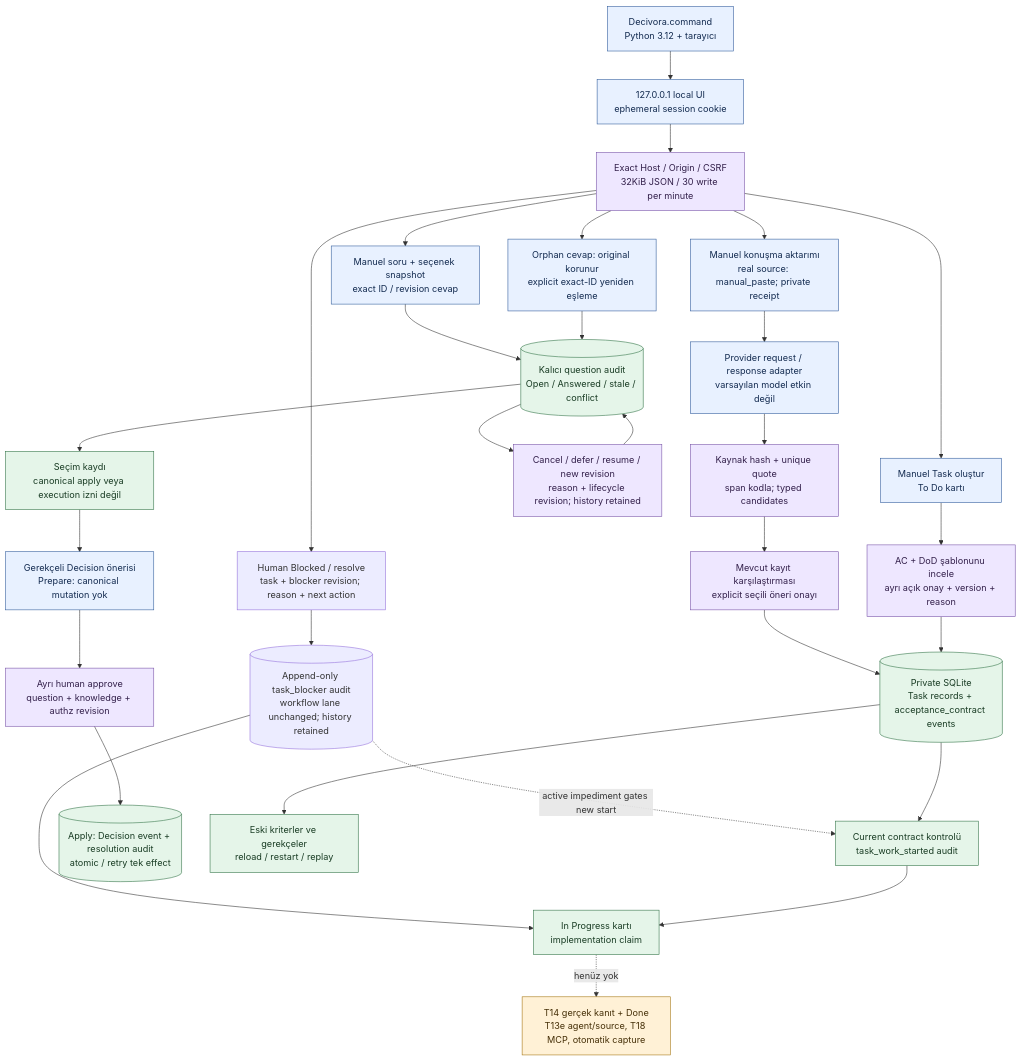
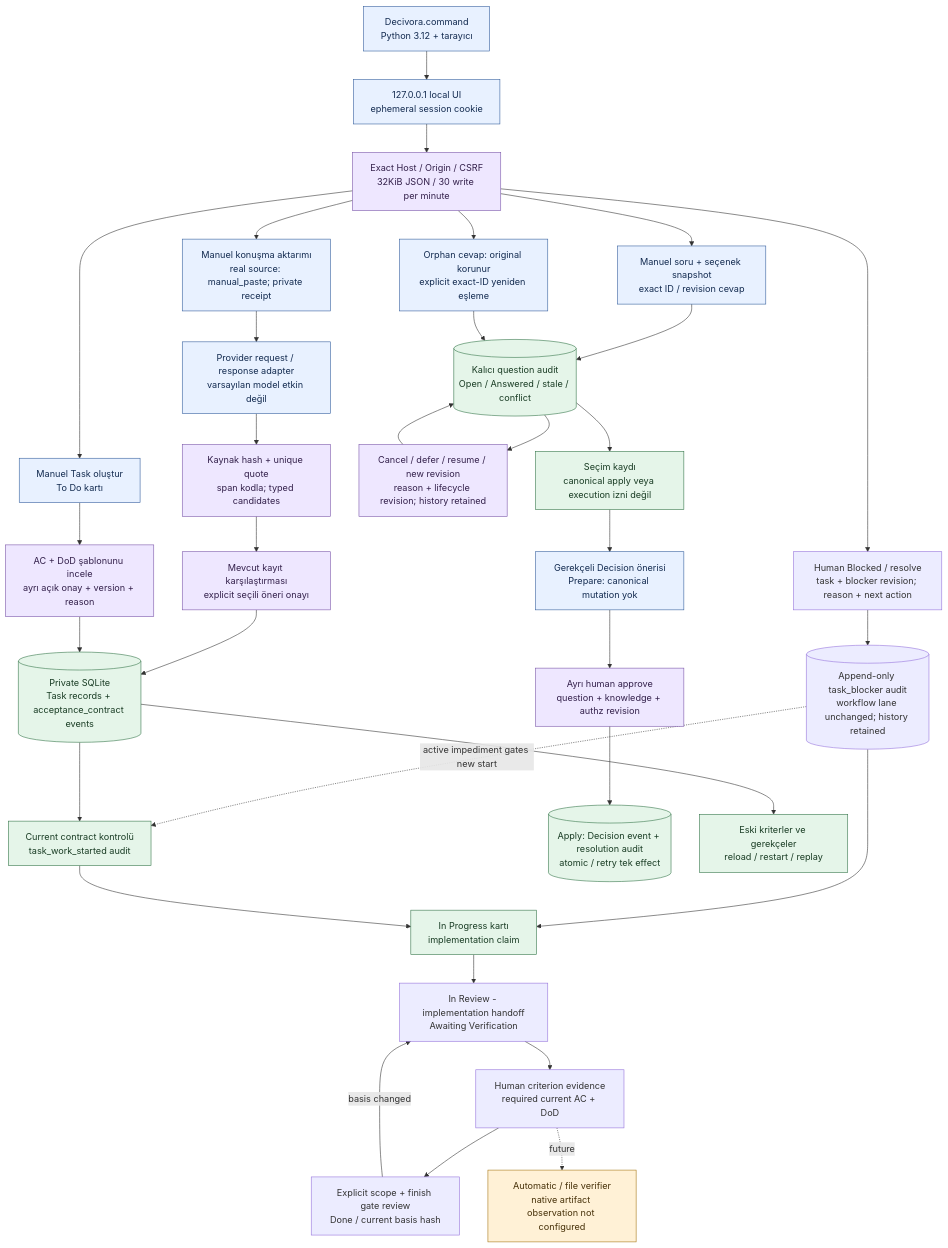
Before and after one commit to alphanAkbulut/decivora: the diagram in docs/architecture/local-preview.md, drawn with Mermaid. The commit also changed other lines of this file and 57 other files, not shown here.

Commit message:
Implement approved task workflow and familiar local UI with human evidence guards

````diff
--- a/docs/architecture/local-preview.md
+++ b/docs/architecture/local-preview.md
@@ -5,43 +5,47 @@
 ```mermaid
 flowchart TB
     accTitle: Çalışan yerel program, onaylı AC ve kalıcı kayıt
-    accDescr: Launcher yalnız loopback server açar. Ephemeral yerel session ve CSRF kontrolü gerekir. Manuel görev ve AC kalıcı SQLite'a yazılır. In Progress çalışma beyanıdır, Done doğrulama modülü açık olduğu için üretilemez.
+    accDescr: Launcher yalnız loopback server açar. Ephemeral yerel session ve CSRF kontrolü gerekir. Manuel görev ve AC kalıcı SQLite'a yazılır. In Progress çalışma beyanıdır, Done yalnız güncel yerel human-review kriterleri ve finish gates geçince üretilir; automatic verifier açık kalır.
     L["Decivora.command<br/>Python 3.12 + tarayıcı"] --> S["127.0.0.1 local UI<br/>ephemeral session cookie"]
     S --> G["Exact Host / Origin / CSRF<br/>32KiB JSON / 30 write per minute"]
     G --> I0["Manuel konuşma aktarımı<br/>real source: manual_paste; private receipt"]
     I0 --> M0["Provider request / response adapter<br/>varsayılan model etkin değil"]
     M0 --> K0["Kaynak hash + unique quote<br/>span kodla; typed candidates"]
     K0 --> E0["Mevcut kayıt karşılaştırması<br/>explicit seçili öneri onayı"]
     E0 --> D
     G --> F0["Human Blocked / resolve<br/>task + blocker revision; reason + next action"]
     F0 --> F1[("Append-only task_blocker audit<br/>workflow lane unchanged; history retained")]
     F1 --> B
     F1 -. active impediment gates new start .-> W
     G --> T["Manuel Task oluştur<br/>To Do kartı"]
     G --> Q["Manuel soru + seçenek snapshot<br/>exact ID / revision cevap"]
     Q --> R[("Kalıcı question audit<br/>Open / Answered / stale / conflict")]
     R --> Z["Cancel / defer / resume / new revision<br/>reason + lifecycle revision; history retained"]
     Z --> R
     G --> U["Orphan cevap: original korunur<br/>explicit exact-ID yeniden eşleme"]
     U --> R
     R --> N["Seçim kaydı<br/>canonical apply veya execution izni değil"]
     N --> P["Gerekçeli Decision önerisi<br/>Prepare: canonical mutation yok"]
     P --> O["Ayrı human approve<br/>question + knowledge + authz revision"]
     O --> C[("Apply: Decision event + resolution audit<br/>atomic / retry tek effect")]
     T --> A["AC + DoD şablonunu incele<br/>ayrı açık onay + version + reason"]
     A --> D[("Private SQLite<br/>Task records + acceptance_contract events")]
     D --> W["Current contract kontrolü<br/>task_work_started audit"]
     W --> B["In Progress kartı<br/>implementation claim"]
     D --> H["Eski kriterler ve gerekçeler<br/>reload / restart / replay"]
-    B -. henüz yok .-> V["T14 gerçek kanıt + Done<br/>T13e agent/source, T18 MCP, otomatik capture"]
+    B --> IR["In Review - implementation handoff<br/>Awaiting Verification"]
+    IR --> HV["Human criterion evidence<br/>required current AC + DoD"]
+    HV --> CD["Explicit scope + finish gate review<br/>Done / current basis hash"]
+    CD -->|basis changed| IR
+    HV -. future .-> V["Automatic / file verifier<br/>native artifact observation not configured"]
     classDef launcher fill:#e8f1ff,stroke:#315c9b,color:#132b50;
     classDef guard fill:#eee7ff,stroke:#7853a7,color:#33204b;
     classDef stored fill:#e5f5e9,stroke:#327347,color:#193c24;
     classDef pending fill:#fff1d6,stroke:#a47511,color:#463008;
     class L,S,T launcher;
     class G,A,O,Z,K0,E0 guard;
     class D,W,B,H,R,N stored;
     class Q,P,U,I0,M0 launcher;
     class C stored;
     class V pending;
 ```
````
